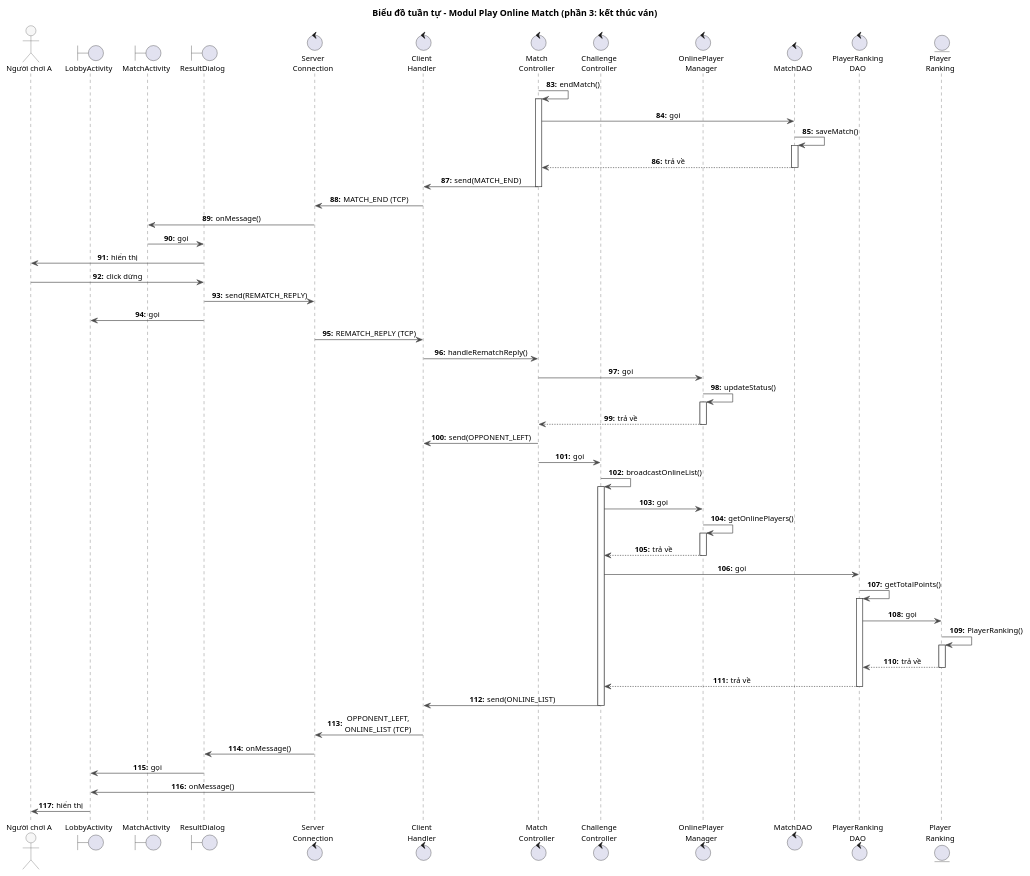
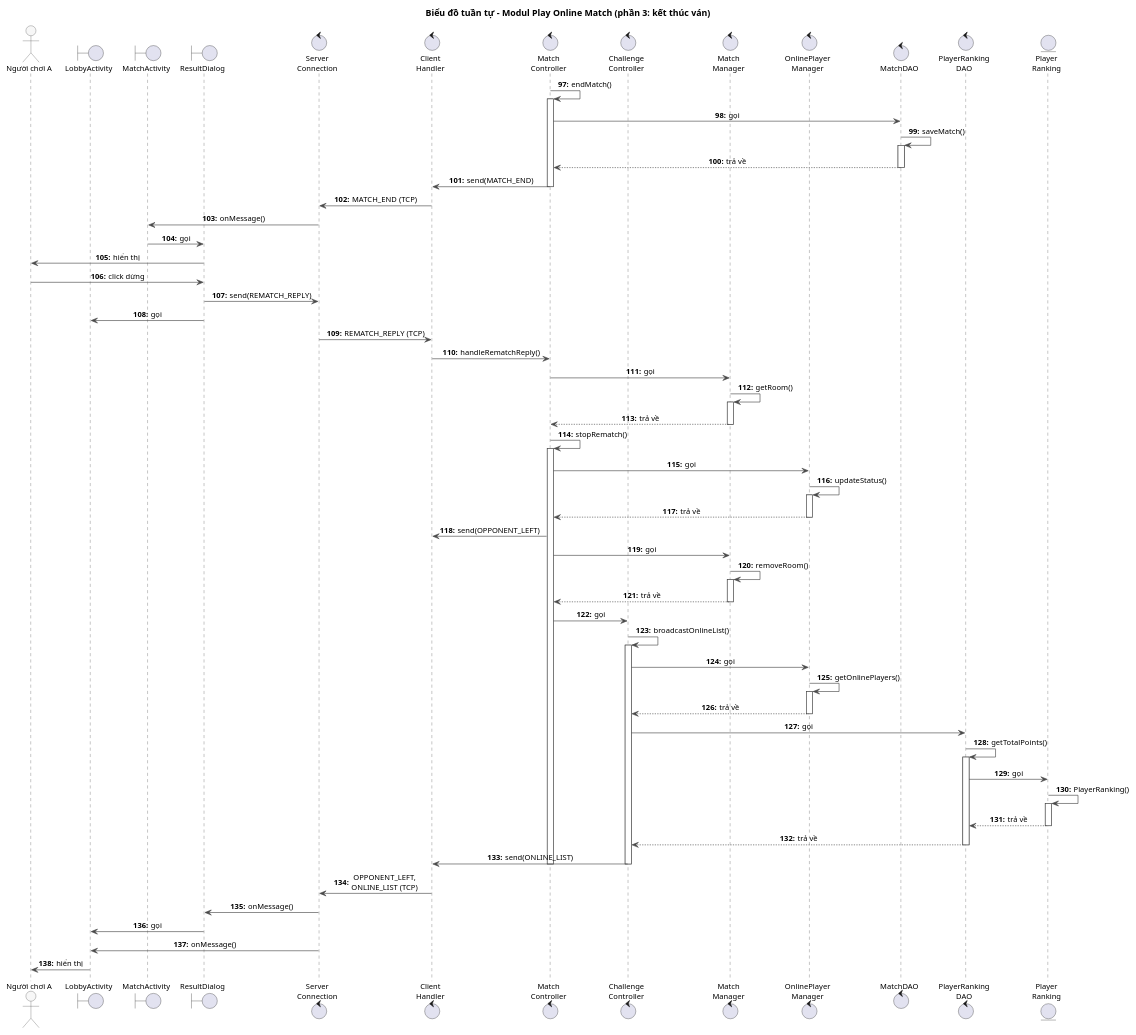
Before and after one commit to VattenL/mobile-pikachu: the diagram in docs/uml/pha3/seq-m4-3.puml, drawn with PlantUML. The commit also changed 73 other files, not shown here.

```diff
--- a/docs/uml/pha3/seq-m4-3.puml
+++ b/docs/uml/pha3/seq-m4-3.puml
@@ -1,81 +1,95 @@
 @startuml seq-m4-3
 title Biểu đồ tuần tự - Modul Play Online Match (phần 3: kết thúc ván)
 
 skinparam shadowing false
 skinparam defaultFontSize 12
 skinparam sequenceMessageAlign center
 skinparam responseMessageBelowArrow true
 skinparam ArrowColor #4A4A4A
 skinparam sequence {
   LifeLineBorderColor #4A4A4A
   ParticipantBorderColor #4A4A4A
   ParticipantBackgroundColor #F7F7F7
   ActorBorderColor #4A4A4A
   ActorBackgroundColor #F7F7F7
 }
 autonumber "<b>0:"
-autonumber 83 "<b>0:"
+autonumber 97 "<b>0:"
 
 actor "Người chơi A" as A
 boundary LobbyActivity
 boundary MatchActivity
 boundary ResultDialog
 control "Server\nConnection" as ServerConnection
 control "Client\nHandler" as ClientHandler
 control "Match\nController" as MatchController
 control "Challenge\nController" as ChallengeController
+control "Match\nManager" as MatchManager
 control "OnlinePlayer\nManager" as OnlinePlayerManager
 control MatchDAO
 control "PlayerRanking\nDAO" as PlayerRankingDAO
 entity "Player\nRanking" as PlayerRanking
 
 MatchController -> MatchController : endMatch()
 activate MatchController
 MatchController -> MatchDAO : gọi
 MatchDAO -> MatchDAO : saveMatch()
 activate MatchDAO
 MatchDAO --> MatchController : trả về
 deactivate MatchDAO
 MatchController -> ClientHandler : send(MATCH_END)
 deactivate MatchController
 ClientHandler -> ServerConnection : MATCH_END (TCP)
 ServerConnection -> MatchActivity : onMessage()
 MatchActivity -> ResultDialog : gọi
 ResultDialog -> A : hiển thị
 A -> ResultDialog : click dừng
 ResultDialog -> ServerConnection : send(REMATCH_REPLY)
 ResultDialog -> LobbyActivity : gọi
 ServerConnection -> ClientHandler : REMATCH_REPLY (TCP)
 ClientHandler -> MatchController : handleRematchReply()
+MatchController -> MatchManager : gọi
+MatchManager -> MatchManager : getRoom()
+activate MatchManager
+MatchManager --> MatchController : trả về
+deactivate MatchManager
+MatchController -> MatchController : stopRematch()
+activate MatchController
 MatchController -> OnlinePlayerManager : gọi
 OnlinePlayerManager -> OnlinePlayerManager : updateStatus()
 activate OnlinePlayerManager
 OnlinePlayerManager --> MatchController : trả về
 deactivate OnlinePlayerManager
 MatchController -> ClientHandler : send(OPPONENT_LEFT)
+MatchController -> MatchManager : gọi
+MatchManager -> MatchManager : removeRoom()
+activate MatchManager
+MatchManager --> MatchController : trả về
+deactivate MatchManager
 MatchController -> ChallengeController : gọi
 ChallengeController -> ChallengeController : broadcastOnlineList()
 activate ChallengeController
 ChallengeController -> OnlinePlayerManager : gọi
 OnlinePlayerManager -> OnlinePlayerManager : getOnlinePlayers()
 activate OnlinePlayerManager
 OnlinePlayerManager --> ChallengeController : trả về
 deactivate OnlinePlayerManager
 ChallengeController -> PlayerRankingDAO : gọi
 PlayerRankingDAO -> PlayerRankingDAO : getTotalPoints()
 activate PlayerRankingDAO
 PlayerRankingDAO -> PlayerRanking : gọi
 PlayerRanking -> PlayerRanking : PlayerRanking()
 activate PlayerRanking
 PlayerRanking --> PlayerRankingDAO : trả về
 deactivate PlayerRanking
 PlayerRankingDAO --> ChallengeController : trả về
 deactivate PlayerRankingDAO
 ChallengeController -> ClientHandler : send(ONLINE_LIST)
 deactivate ChallengeController
+deactivate MatchController
 ClientHandler -> ServerConnection : OPPONENT_LEFT,\nONLINE_LIST (TCP)
 ServerConnection -> ResultDialog : onMessage()
 ResultDialog -> LobbyActivity : gọi
 ServerConnection -> LobbyActivity : onMessage()
 LobbyActivity -> A : hiển thị
 @enduml
```
